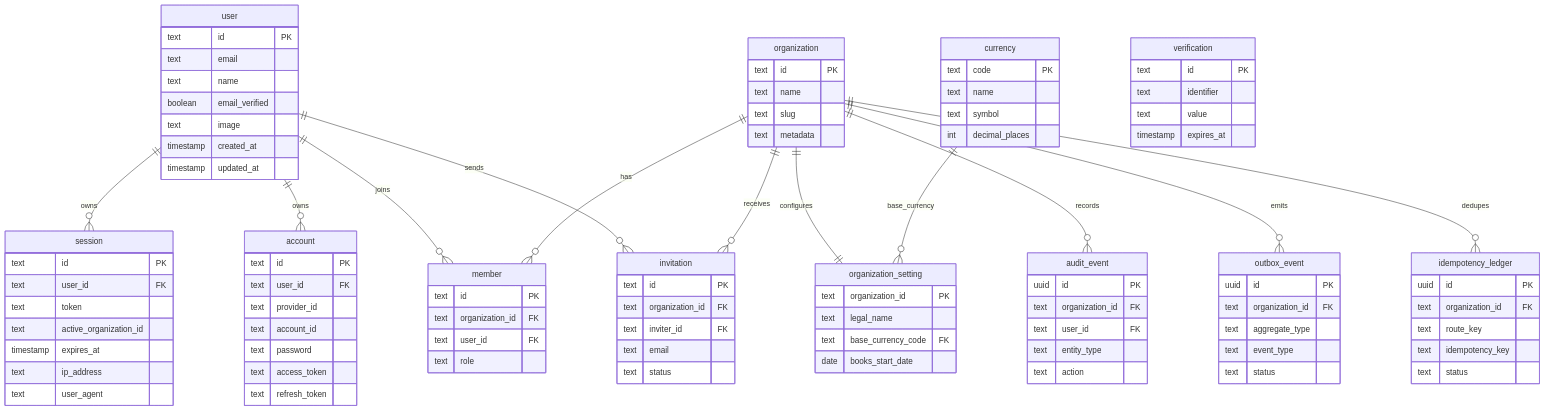
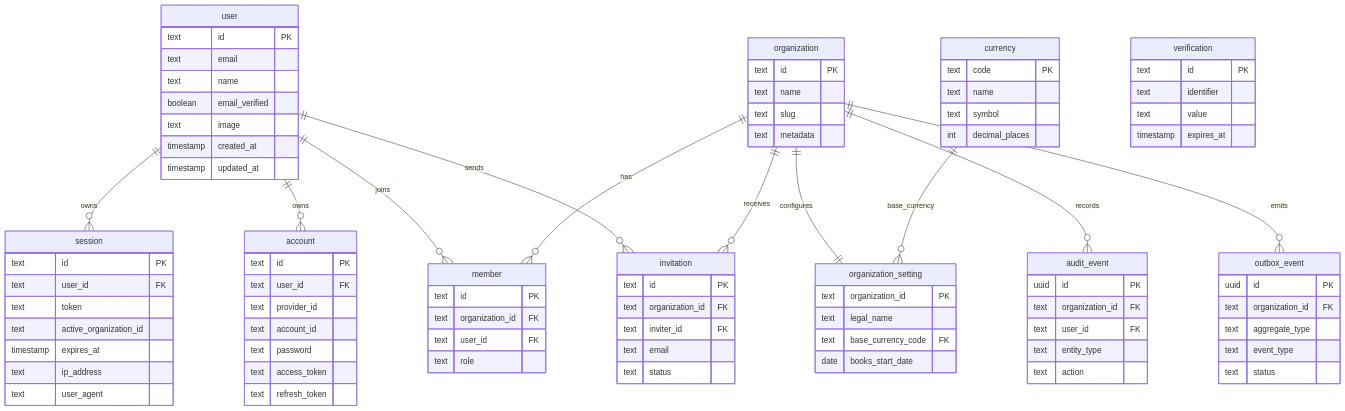
One commit to isherbuilds/edernal-books changed the first of 3 diagrams in packages/db/ARCHITECTURE.md. Above: the diagram before and after it, drawn with Mermaid. The commit also changed other lines of this file and 35 other files, not shown here.

````diff
--- a/packages/db/ARCHITECTURE.md
+++ b/packages/db/ARCHITECTURE.md
@@ -19,7 +19,6 @@
   organization ||--|| organization_setting : configures
   organization ||--o{ audit_event : records
   organization ||--o{ outbox_event : emits
-  organization ||--o{ idempotency_ledger : dedupes
   currency ||--o{ organization_setting : base_currency
 
   user {
@@ -100,11 +99,4 @@
     text event_type
     text status
   }
-  idempotency_ledger {
-    uuid id PK
-    text organization_id FK
-    text route_key
-    text idempotency_key
-    text status
-  }
 ```
````
